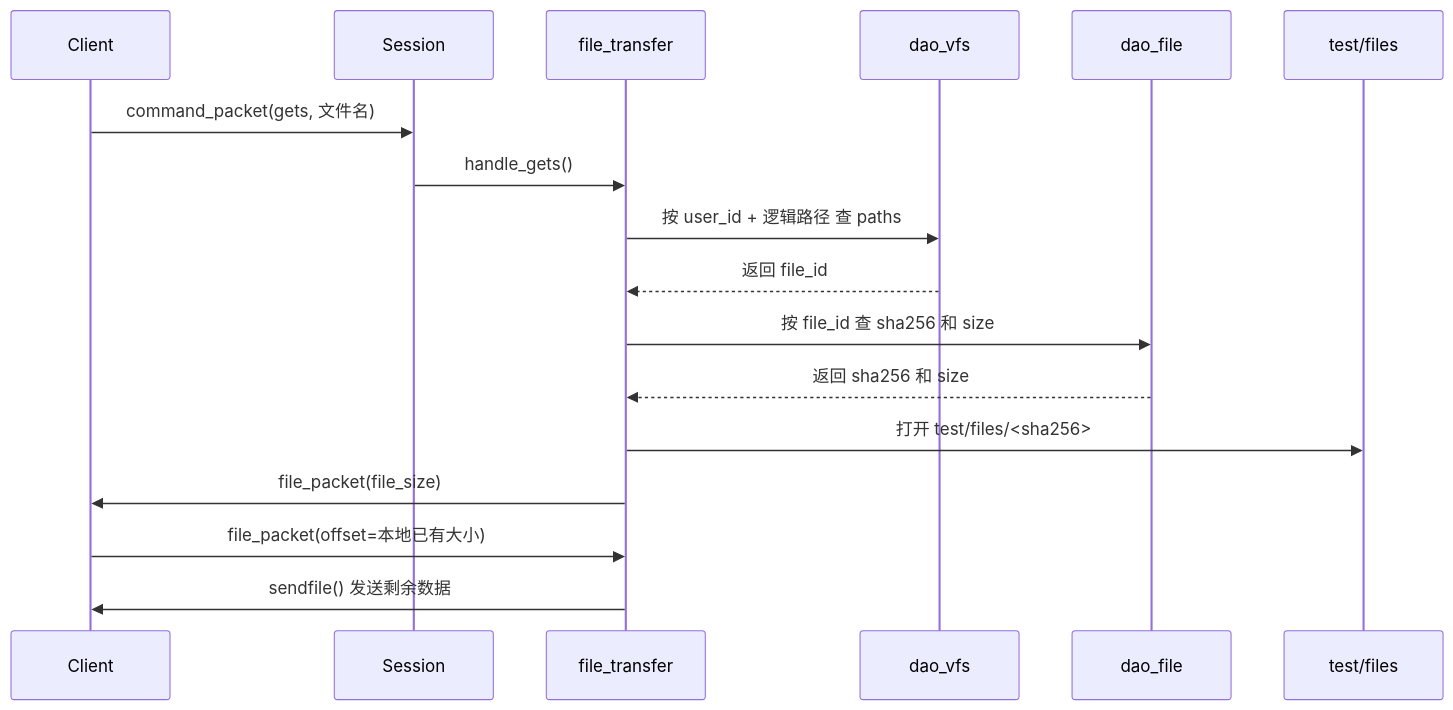
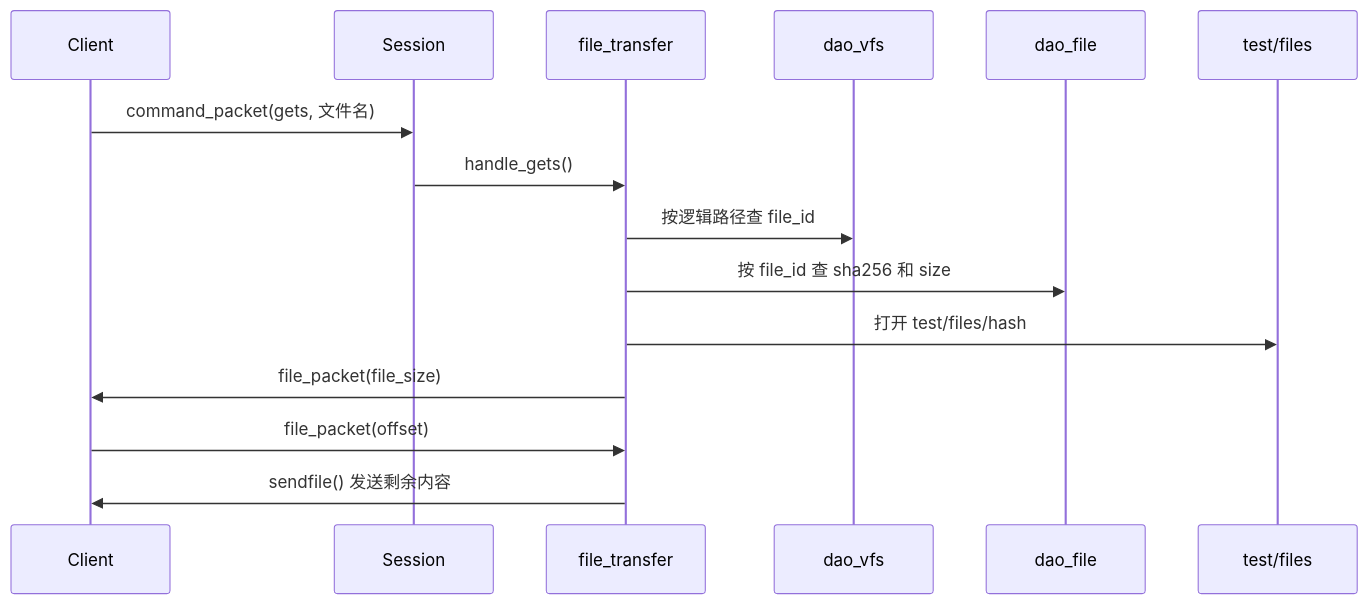
One commit to panlong-studio/WindCloud_V3 changed the fifth of 5 diagrams in docs/WindCloud_V3学习文档.md. Above: the diagram before and after it, drawn with Mermaid. The commit also changed other lines of this file and 23 other files, not shown here.

````diff
--- a/docs/WindCloud_V3学习文档.md
+++ b/docs/WindCloud_V3学习文档.md
@@ -184,20 +755,18 @@
 ```mermaid
 sequenceDiagram
     participant C as Client
     participant S as Session
     participant F as file_transfer
     participant V as dao_vfs
     participant DF as dao_file
     participant Disk as test/files
 
     C->>S: command_packet(gets, 文件名)
     S->>F: handle_gets()
-    F->>V: 按 user_id + 逻辑路径 查 paths
-    V-->>F: 返回 file_id
+    F->>V: 按逻辑路径查 file_id
     F->>DF: 按 file_id 查 sha256 和 size
-    DF-->>F: 返回 sha256 和 size
-    F->>Disk: 打开 test/files/<sha256>
+    F->>Disk: 打开 test/files/hash
     F->>C: file_packet(file_size)
-    C->>F: file_packet(offset=本地已有大小)
-    F->>C: sendfile() 发送剩余数据
+    C->>F: file_packet(offset)
+    F->>C: sendfile() 发送剩余内容
 ```
````
